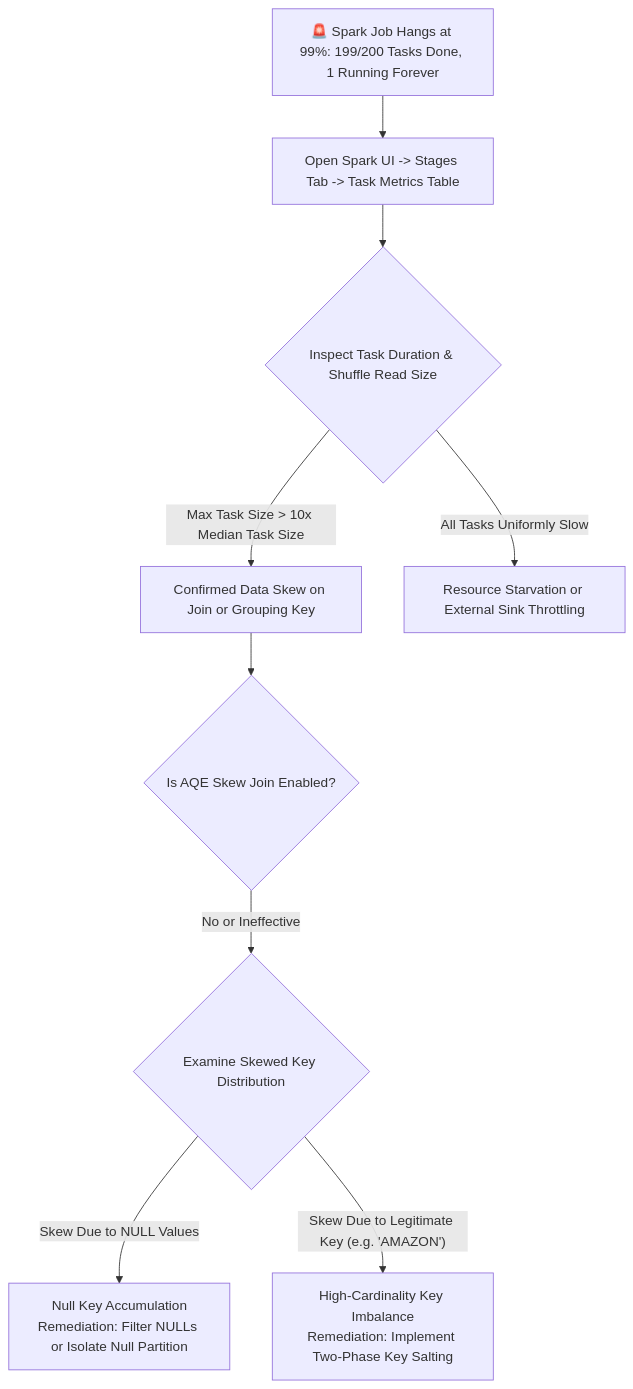
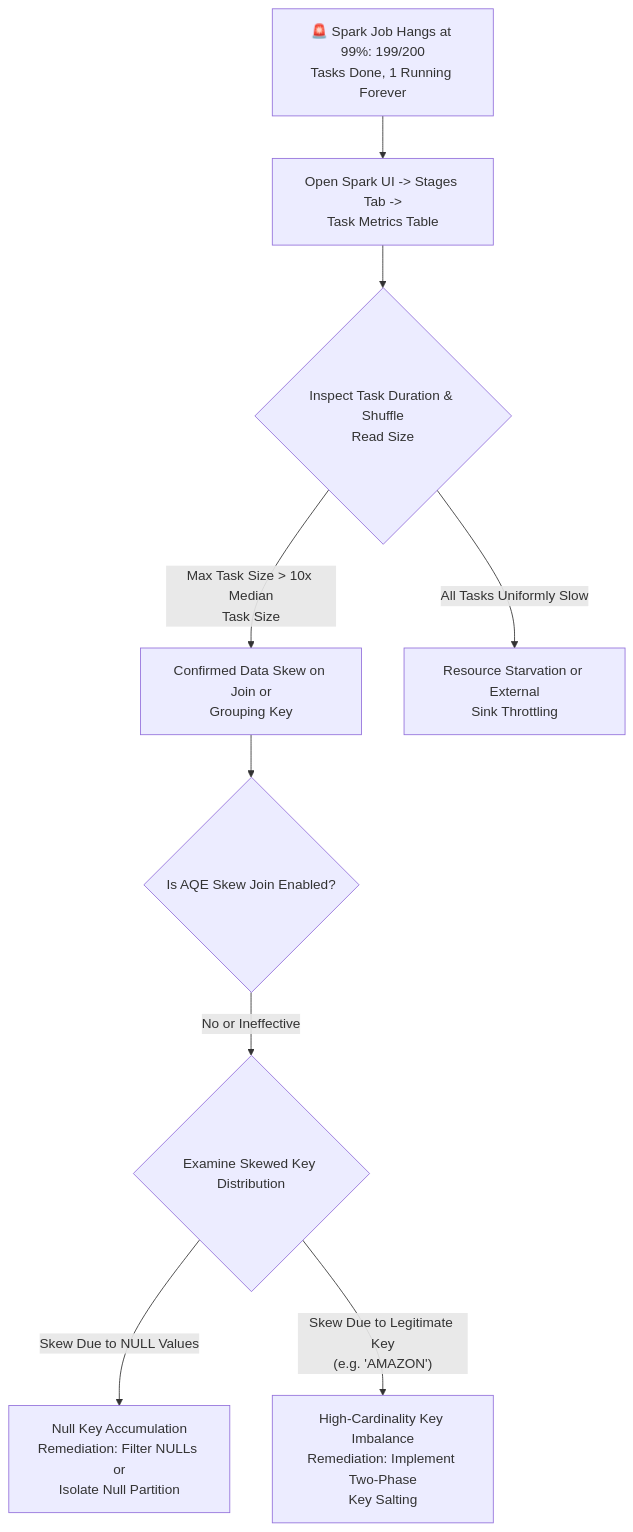
Before and after one commit to santoshjammi29/pyspark-handbook: the diagram in runbooks/03_data_skew_and_two_phase_salting.md, drawn with Mermaid. The commit also changed 14 other files, not shown here.

Commit message:
fix(diagrams): word-wrap labels and escape comparison operators across all diagrams

````diff
--- a/runbooks/03_data_skew_and_two_phase_salting.md
+++ b/runbooks/03_data_skew_and_two_phase_salting.md
@@ -11,14 +11,14 @@
 ```mermaid
 flowchart TD
-    SkewAlert["🚨 Spark Job Hangs at 99%: 199/200 Tasks Done, 1 Running Forever"] --> CheckUI["Open Spark UI -> Stages Tab -> Task Metrics Table"]
-    CheckUI --> InspectDistribution{"Inspect Task Duration & Shuffle Read Size"}
+    SkewAlert["🚨 Spark Job Hangs at 99%: 199/200<br/>Tasks Done, 1 Running Forever"] --> CheckUI["Open Spark UI -> Stages Tab -><br/>Task Metrics Table"]
+    CheckUI --> InspectDistribution{"Inspect Task Duration & Shuffle<br/>Read Size"}
 
-    InspectDistribution -->|"Max Task Size > 10x Median Task Size"| ConfirmedSkew["Confirmed Data Skew on Join or Grouping Key"]
-    InspectDistribution -->|"All Tasks Uniformly Slow"| NotSkew["Resource Starvation or External Sink Throttling"]
+    InspectDistribution -->|"Max Task Size &gt; 10x Median<br/>Task Size"| ConfirmedSkew["Confirmed Data Skew on Join or<br/>Grouping Key"]
+    InspectDistribution -->|"All Tasks Uniformly Slow"| NotSkew["Resource Starvation or External<br/>Sink Throttling"]
 
     ConfirmedSkew --> CheckAQE{"Is AQE Skew Join Enabled?"}
     CheckAQE -->|"No or Ineffective"| EvaluateKeyType{"Examine Skewed Key Distribution"}
 
-    EvaluateKeyType -->|"Skew Due to NULL Values"| FixNulls["Null Key Accumulation<br/>Remediation: Filter NULLs or Isolate Null Partition"]
-    EvaluateKeyType -->|"Skew Due to Legitimate Key (e.g. 'AMAZON')"| TwoPhaseSalting["High-Cardinality Key Imbalance<br/>Remediation: Implement Two-Phase Key Salting"]
+    EvaluateKeyType -->|"Skew Due to NULL Values"| FixNulls["Null Key Accumulation<br/>Remediation: Filter NULLs or<br/>Isolate Null Partition"]
+    EvaluateKeyType -->|"Skew Due to Legitimate Key<br/>(e.g. 'AMAZON')"| TwoPhaseSalting["High-Cardinality Key Imbalance<br/>Remediation: Implement Two-Phase<br/>Key Salting"]
 ```
````
